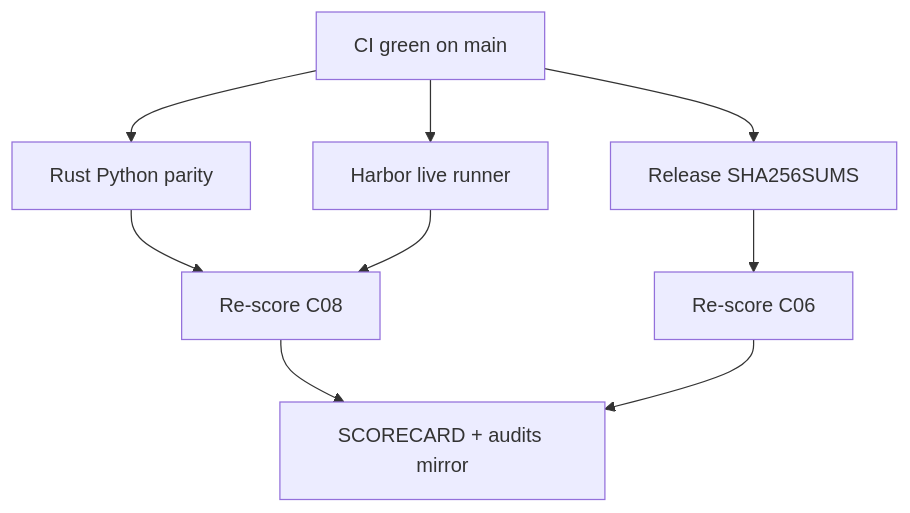
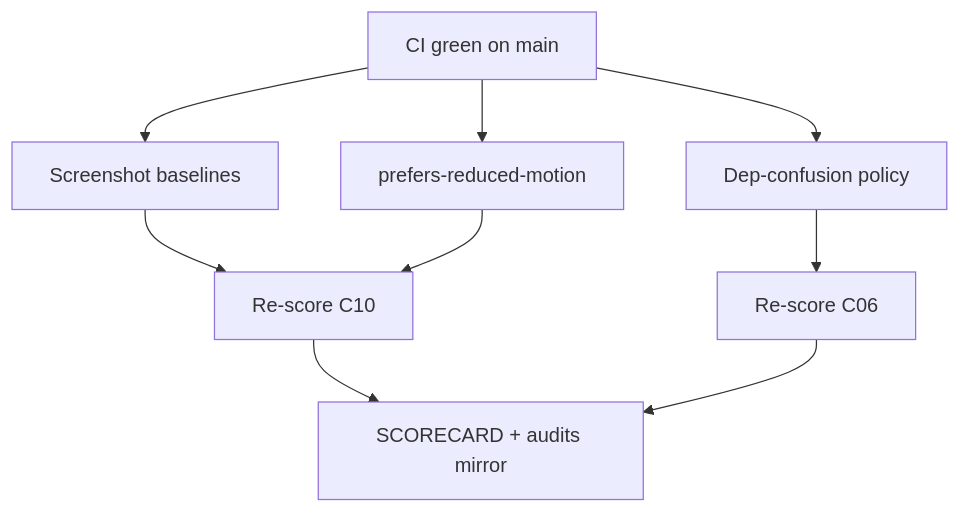
One commit to KooshaPari/Melosviz changed the diagram in docs/WORK_DAG.md. Above: the diagram before and after it, drawn with Mermaid. The commit also changed other lines of this file and 22 other files, not shown here.

First line of the commit message:
feat: committed screenshot baselines + supply-chain policy

````diff
--- a/docs/WORK_DAG.md
+++ b/docs/WORK_DAG.md
@@ -5,11 +5,11 @@
 ```mermaid
 flowchart TD
-  A[CI green on main] --> B[Rust Python parity]
-  A --> C[Harbor live runner]
-  A --> D[Release SHA256SUMS]
-  B --> E[Re-score C08]
+  A[CI green on main] --> B[Screenshot baselines]
+  A --> C[prefers-reduced-motion]
+  A --> D[Dep-confusion policy]
+  B --> E[Re-score C10]
   C --> E
   D --> F[Re-score C06]
   E --> G[SCORECARD + audits mirror]
   F --> G
 ```
````
